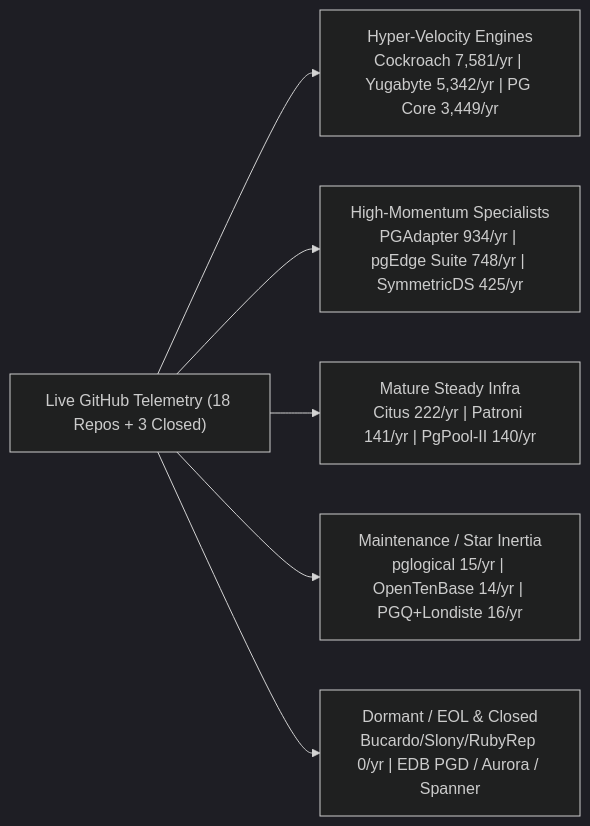
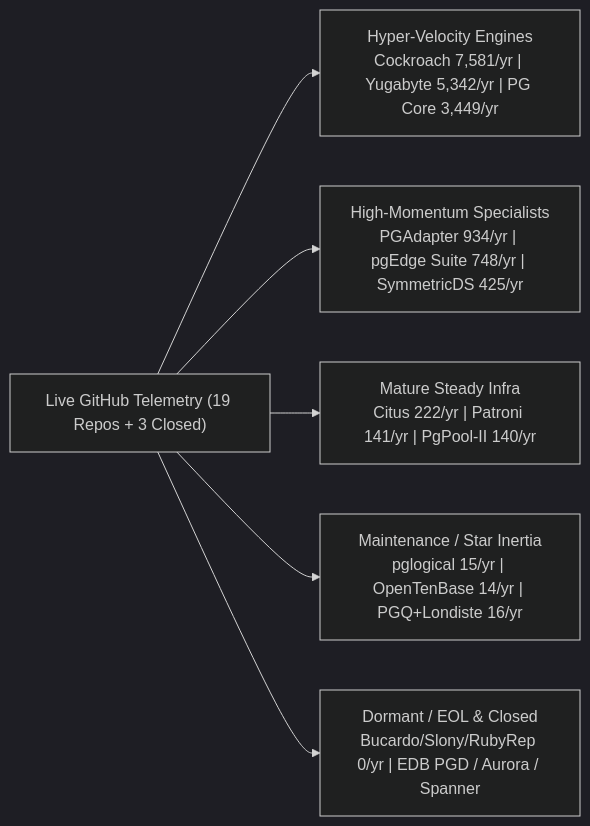
Before and after one commit to jmrenouard/ClusterPostgreSQL-Series: the diagram in docs/en/11_ecosystem_popularity_and_vitality.md, drawn with Mermaid (dark theme). The commit also changed other lines of this file, not shown here.

````diff
--- a/docs/en/11_ecosystem_popularity_and_vitality.md
+++ b/docs/en/11_ecosystem_popularity_and_vitality.md
@@ -76,8 +76,8 @@
 ```mermaid
 flowchart LR
-    M["Live GitHub Telemetry (18 Repos + 3 Closed)"] --> Q1["Hyper-Velocity Engines<br/>Cockroach 7,581/yr | Yugabyte 5,342/yr | PG Core 3,449/yr"]
+    M["Live GitHub Telemetry (19 Repos + 3 Closed)"] --> Q1["Hyper-Velocity Engines<br/>Cockroach 7,581/yr | Yugabyte 5,342/yr | PG Core 3,449/yr"]
     M --> Q2["High-Momentum Specialists<br/>PGAdapter 934/yr | pgEdge Suite 748/yr | SymmetricDS 425/yr"]
     M --> Q3["Mature Steady Infra<br/>Citus 222/yr | Patroni 141/yr | PgPool-II 140/yr"]
     M --> Q4["Maintenance / Star Inertia<br/>pglogical 15/yr | OpenTenBase 14/yr | PGQ+Londiste 16/yr"]
     M --> Q5["Dormant / EOL & Closed<br/>Bucardo/Slony/RubyRep 0/yr | EDB PGD / Aurora / Spanner"]
 ```
````
